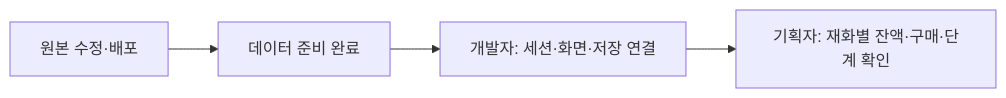
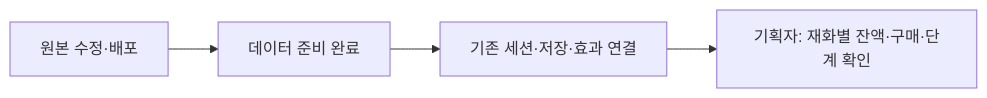
The second of 3 diagrams in Docs/기획자용 안내문서/기획자용 재화와 강화 준비 안내.md (lkhwcf-arch/Human_Ghost-), drawn with Mermaid before and after one commit. The commit also changed other lines of this file and 41 other files, not shown here.

````diff
--- a/Docs/기획자용 안내문서/기획자용 재화와 강화 준비 안내.md
+++ b/Docs/기획자용 안내문서/기획자용 재화와 강화 준비 안내.md
@@ -49,6 +49,6 @@
 ```mermaid
 flowchart LR
     A[원본 수정·배포] --> B[데이터 준비 완료]
-    B --> C[개발자: 세션·화면·저장 연결]
+    B --> C[기존 세션·저장·효과 연결]
     C --> D[기획자: 재화별 잔액·구매·단계 확인]
 ```
````
